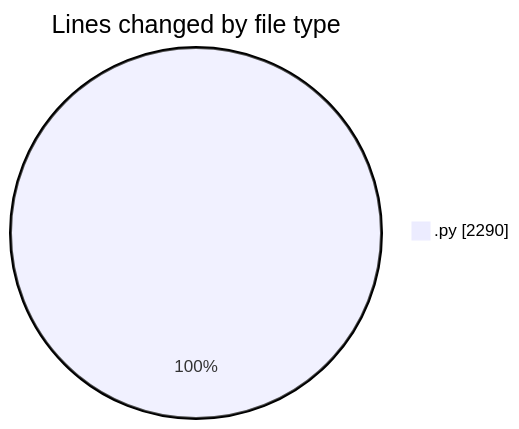
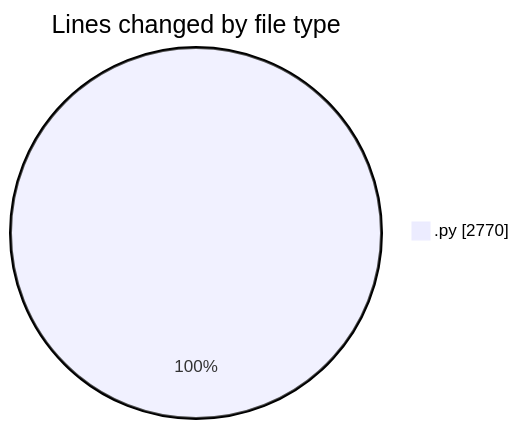
One commit to MatusMokan/code-tracking changed the first of 2 diagrams in 2025-03-08/myws__workspace_/README.md. Above: the diagram before and after it, drawn with Mermaid. The commit also changed other lines of this file and 1 other file, not shown here.

````diff
--- a/2025-03-08/myws__workspace_/README.md
+++ b/2025-03-08/myws__workspace_/README.md
@@ -22,5 +22,5 @@
 ```mermaid
 pie showData
 title Lines changed by file type
-".py" : 2290
+".py" : 2770
 ```
````
